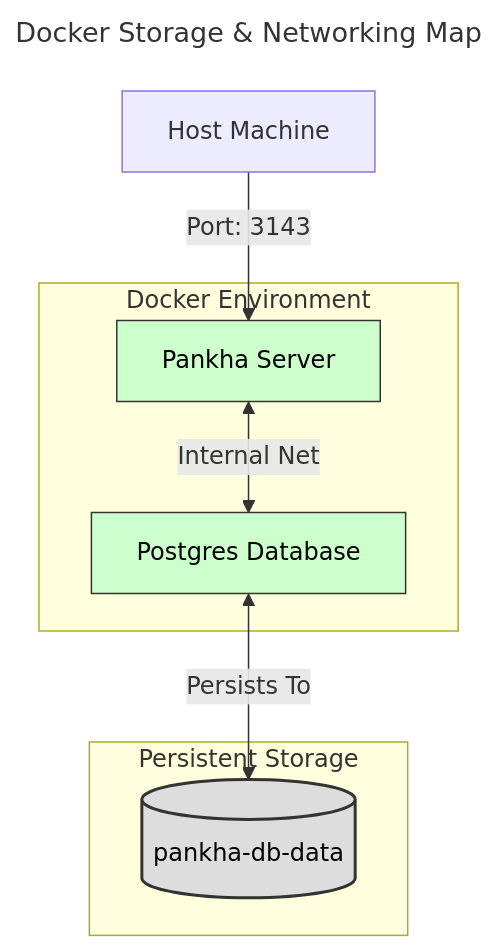
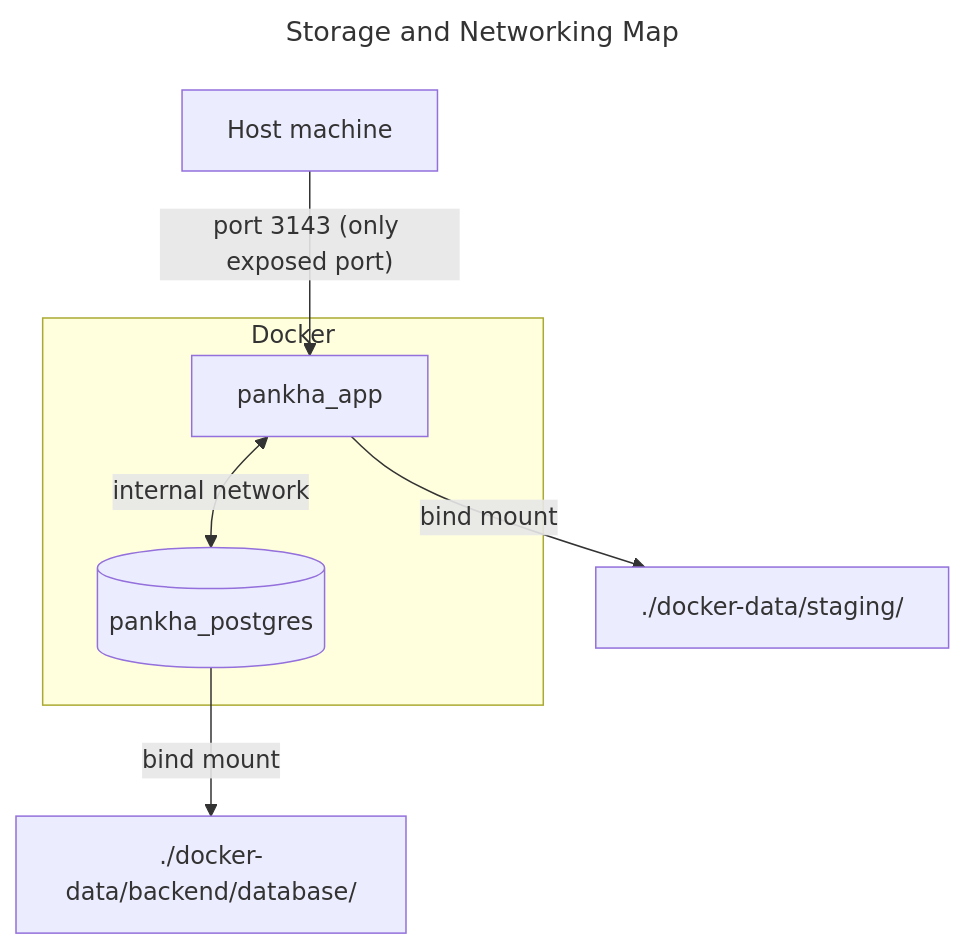
Before and after one commit to Anexgohan/pankha: the diagram in documentation/public/wiki/Server-Configuration.md, drawn with Mermaid. The commit also changed other lines of this file and 17 other files, not shown here.

````diff
--- a/documentation/public/wiki/Server-Configuration.md
+++ b/documentation/public/wiki/Server-Configuration.md
@@ -57,24 +68,17 @@
 ```mermaid
 ---
-title: Docker Storage & Networking Map
+title: Storage and Networking Map
 ---
 graph TD
-    Host[Host Machine]
-    
-    subgraph "Docker Environment"
-        App[Pankha Server]
-        DB[Postgres Database]
+    Host[Host machine]
+
+    subgraph "Docker"
+        App["pankha_app"]
+        DB[("pankha_postgres")]
     end
-    
-    subgraph "Persistent Storage"
-        VolDB[(pankha-db-data)]
-    end
-    
-    Host -->|Port: 3143| App
-    App <-->|Internal Net| DB
-    DB <-->|Persists To| VolDB
-    
-    style VolDB fill:#ddd,stroke:#333,stroke-width:2px,shape:cylinder,color:#000
-    style App fill:#ccffcc,stroke:#333,color:#000
-    style DB fill:#ccffcc,stroke:#333,color:#000
+
+    Host -->|"port 3143 (only exposed port)"| App
+    App <-->|internal network| DB
+    DB -->|bind mount| Files["./docker-data/backend/database/"]
+    App -->|bind mount| Staging["./docker-data/staging/"]
 ```
````
